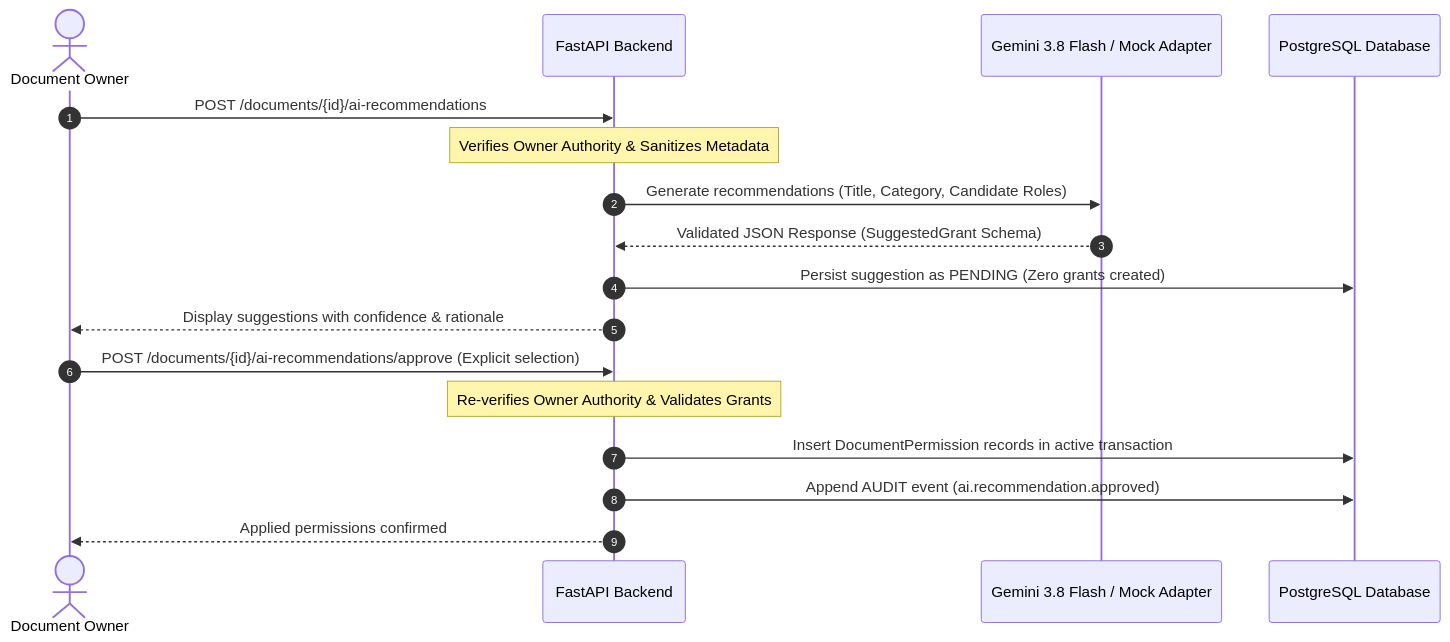
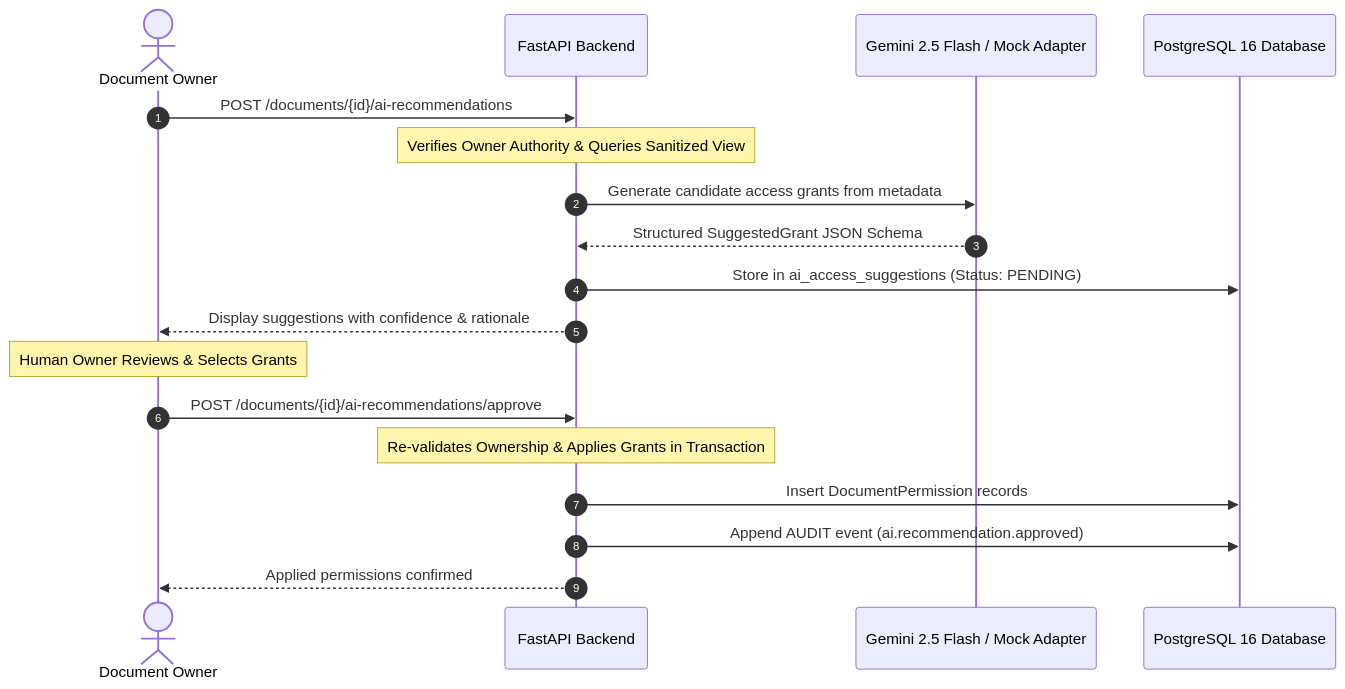
The third of 3 diagrams in README.md (Narendra-1715/Trust_Vault), drawn with Mermaid before and after one commit. The commit also changed other lines of this file, not shown here.

Commit message:
docs: streamline README with latest security architecture, RLS, envelope encryption, and test suite

````diff
--- a/README.md
+++ b/README.md
@@ -190,20 +182,21 @@
 ```mermaid
 sequenceDiagram
     autonumber
     actor Owner as Document Owner
     participant API as FastAPI Backend
-    participant AI as Gemini 3.8 Flash / Mock Adapter
-    participant DB as PostgreSQL Database
+    participant AI as Gemini 2.5 Flash / Mock Adapter
+    participant DB as PostgreSQL 16 Database
 
     Owner->>API: POST /documents/{id}/ai-recommendations
-    Note over API: Verifies Owner Authority & Sanitizes Metadata
-    API->>AI: Generate recommendations (Title, Category, Candidate Roles)
-    AI-->>API: Validated JSON Response (SuggestedGrant Schema)
-    API->>DB: Persist suggestion as PENDING (Zero grants created)
+    Note over API: Verifies Owner Authority & Queries Sanitized View
+    API->>AI: Generate candidate access grants from metadata
+    AI-->>API: Structured SuggestedGrant JSON Schema
+    API->>DB: Store in ai_access_suggestions (Status: PENDING)
     API-->>Owner: Display suggestions with confidence & rationale
-    Owner->>API: POST /documents/{id}/ai-recommendations/approve (Explicit selection)
-    Note over API: Re-verifies Owner Authority & Validates Grants
-    API->>DB: Insert DocumentPermission records in active transaction
+    Note over Owner: Human Owner Reviews & Selects Grants
+    Owner->>API: POST /documents/{id}/ai-recommendations/approve
+    Note over API: Re-validates Ownership & Applies Grants in Transaction
+    API->>DB: Insert DocumentPermission records
     API->>DB: Append AUDIT event (ai.recommendation.approved)
     API-->>Owner: Applied permissions confirmed
 ```
````
